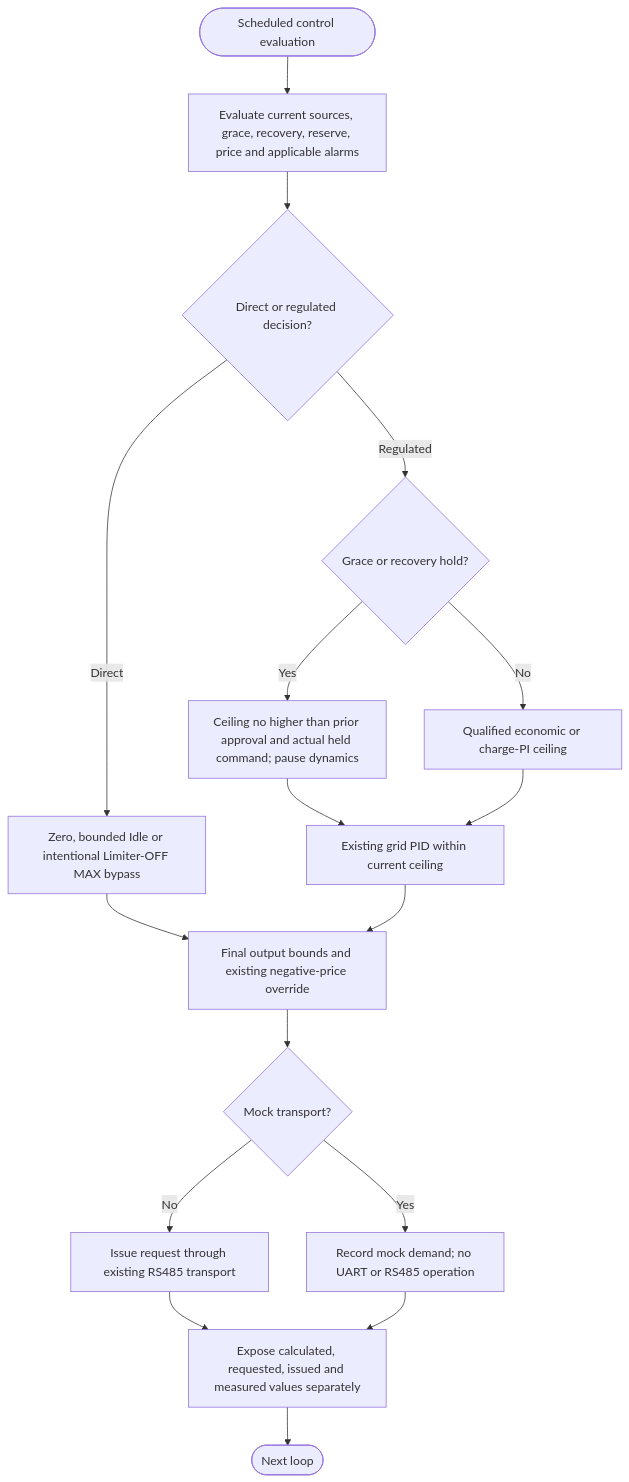
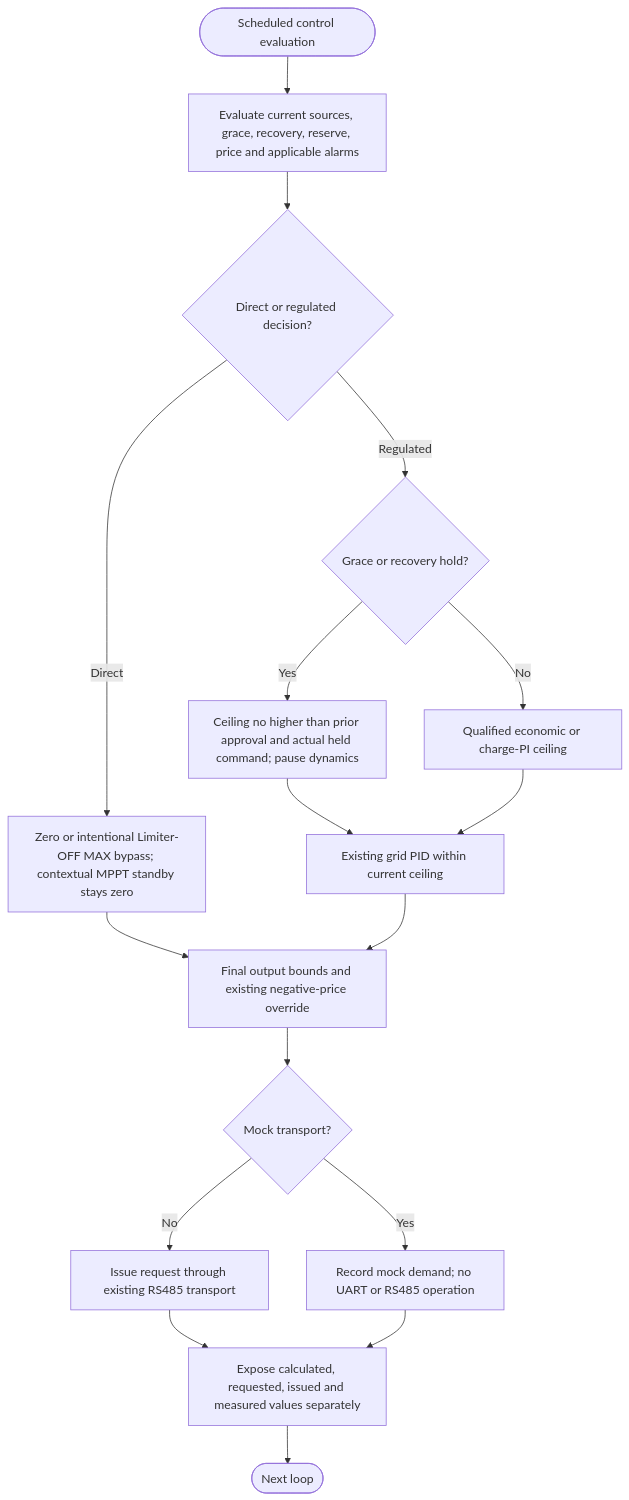
Before and after one commit to vitalyruhl/SolarInverterLimiter: the diagram in docs/control-planning/08-command-and-feedback.md, drawn with Mermaid. The commit also changed other lines of this file and 13 other files, not shown here.

````diff
--- a/docs/control-planning/08-command-and-feedback.md
+++ b/docs/control-planning/08-command-and-feedback.md
@@ -12,19 +12,19 @@
 ```mermaid
 flowchart TD
   TICK([Scheduled control evaluation]) --> DEC["Evaluate current sources, grace, recovery, reserve, price and applicable alarms"]
   DEC --> PATH{"Direct or regulated decision?"}
-  PATH -- Direct --> DIRECT["Zero, bounded Idle or intentional Limiter-OFF MAX bypass"]
+  PATH -- Direct --> DIRECT["Zero or intentional Limiter-OFF MAX bypass; contextual MPPT standby stays zero"]
   PATH -- Regulated --> HOLD{"Grace or recovery hold?"}
   HOLD -- Yes --> CAP["Ceiling no higher than prior approval and actual held command; pause dynamics"]
   HOLD -- No --> NORMAL["Qualified economic or charge-PI ceiling"]
   CAP --> PID["Existing grid PID within current ceiling"]
   NORMAL --> PID
   DIRECT --> LIMIT["Final output bounds and existing negative-price override"]
   PID --> LIMIT
   LIMIT --> MODE{"Mock transport?"}
   MODE -- Yes --> MOCK["Record mock demand; no UART or RS485 operation"]
   MODE -- No --> TX["Issue request through existing RS485 transport"]
   TX --> VIEW["Expose calculated, requested, issued and measured values separately"]
   MOCK --> VIEW
   VIEW --> END([Next loop])
 ```
````
